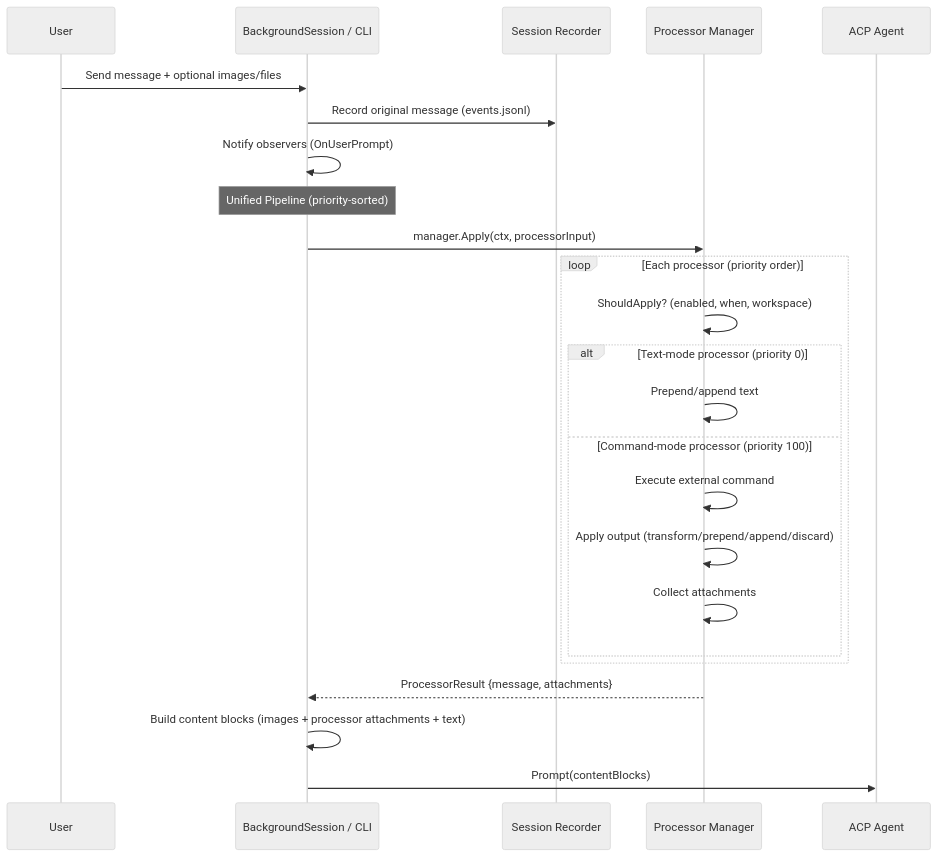
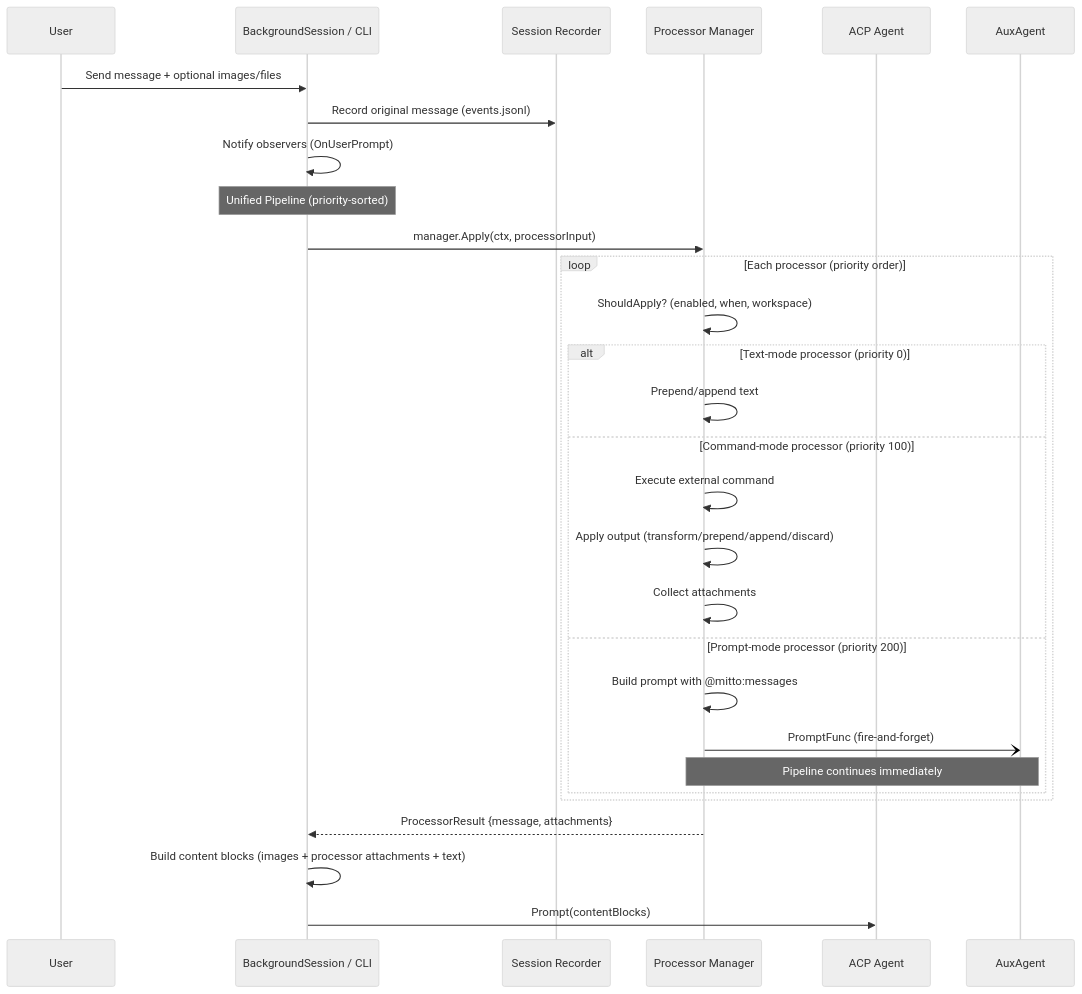
The first of 3 diagrams in docs/devel/processors.md (inercia/mitto), drawn with Mermaid (neutral theme) before and after one commit. The commit also changed other lines of this file and 4 other files, not shown here.

First line of the commit message:
docs: update processor, prompt, MCP, and workspace documentation

````diff
--- a/docs/devel/processors.md
+++ b/docs/devel/processors.md
@@ -16,30 +17,34 @@
 ```mermaid
 sequenceDiagram
     participant User
     participant Session as BackgroundSession / CLI
     participant Rec as Session Recorder
     participant ProcMgr as Processor Manager
     participant ACP as ACP Agent
 
     User->>Session: Send message + optional images/files
     Session->>Rec: Record original message (events.jsonl)
     Session->>Session: Notify observers (OnUserPrompt)
 
     Note over Session: Unified Pipeline (priority-sorted)
     Session->>ProcMgr: manager.Apply(ctx, processorInput)
 
     loop Each processor (priority order)
         ProcMgr->>ProcMgr: ShouldApply? (enabled, when, workspace)
         alt Text-mode processor (priority 0)
             ProcMgr->>ProcMgr: Prepend/append text
         else Command-mode processor (priority 100)
             ProcMgr->>ProcMgr: Execute external command
             ProcMgr->>ProcMgr: Apply output (transform/prepend/append/discard)
             ProcMgr->>ProcMgr: Collect attachments
+        else Prompt-mode processor (priority 200)
+            ProcMgr->>ProcMgr: Build prompt with @mitto:messages
+            ProcMgr-)AuxAgent: PromptFunc (fire-and-forget)
+            Note over ProcMgr,AuxAgent: Pipeline continues immediately
         end
     end
     ProcMgr-->>Session: ProcessorResult {message, attachments}
 
     Session->>Session: Build content blocks (images + processor attachments + text)
     Session->>ACP: Prompt(contentBlocks)
 ```
````
